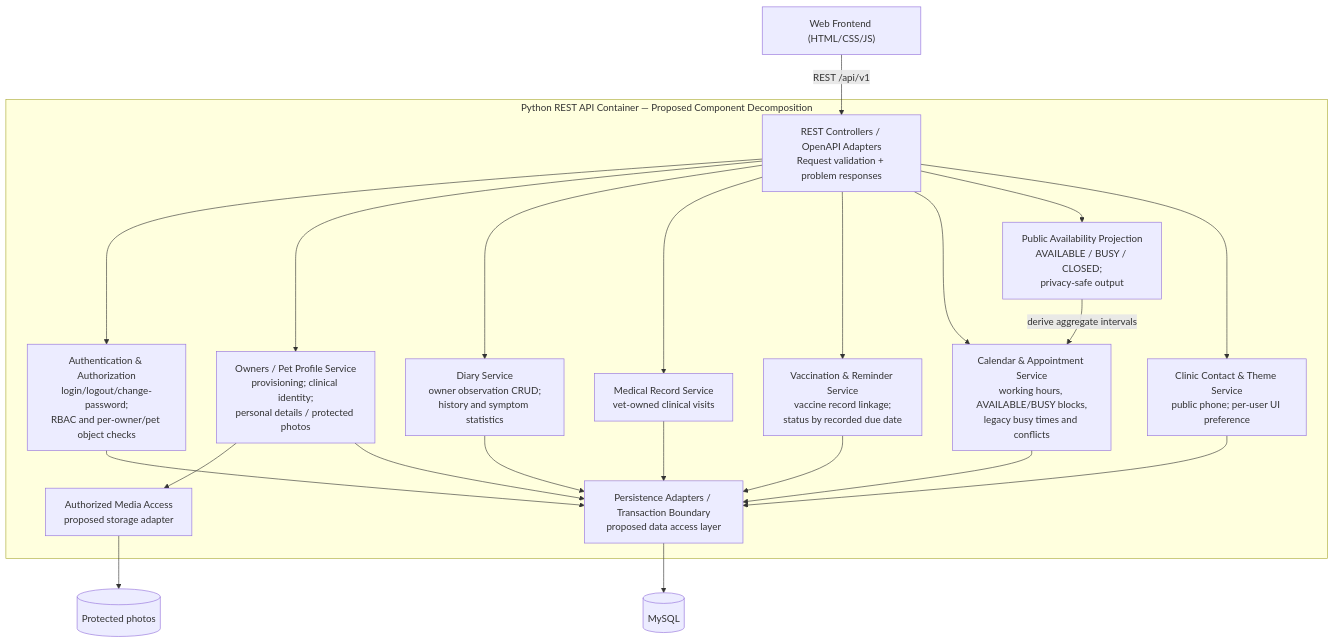
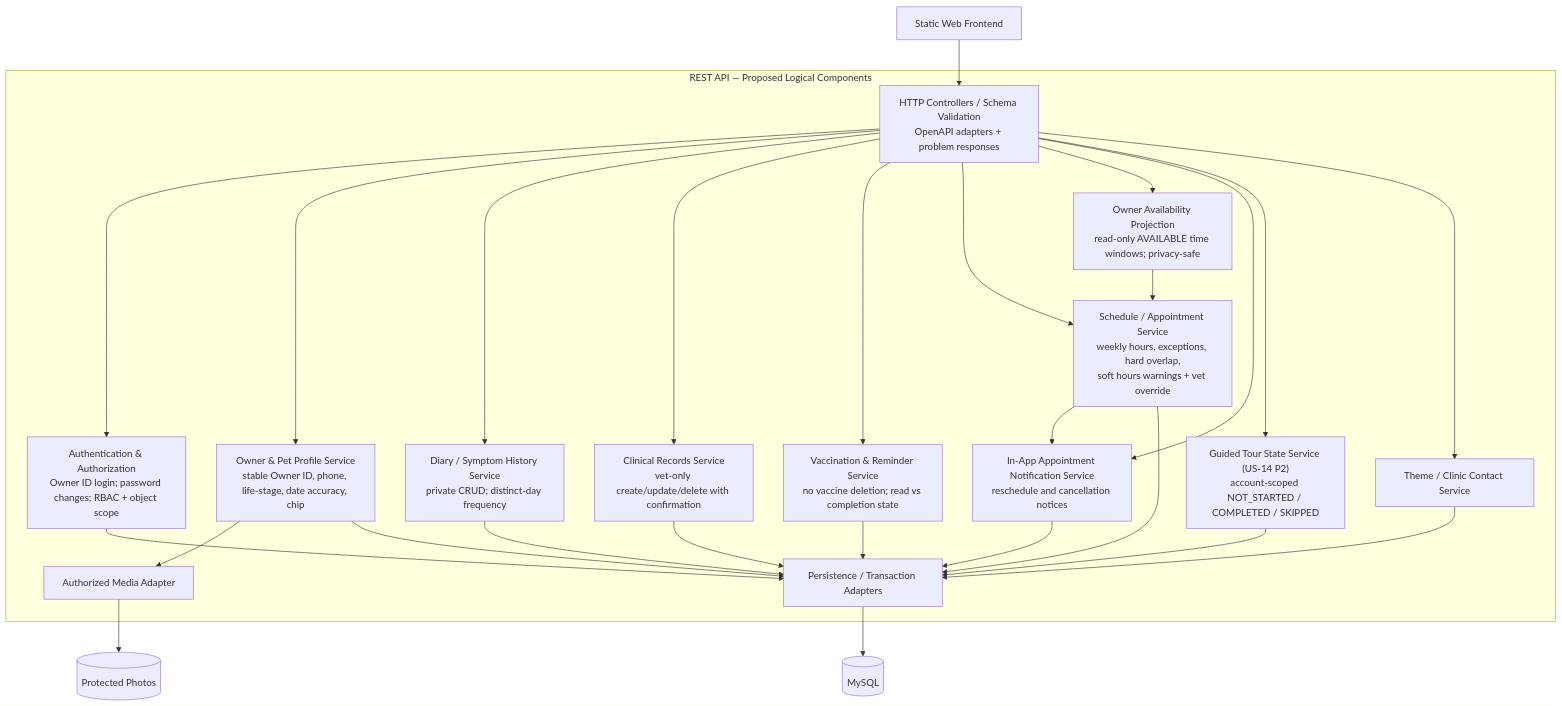
Before and after one commit to Efesen10/Pawthy: the third of 3 diagrams in docs/architecture/c4-architecture.md, drawn with Mermaid. The commit also changed other lines of this file, not shown here.

Commit message:
docs(architecture): update C4 for 20 Nov SRS and identify API mismatches

````diff
--- a/docs/architecture/c4-architecture.md
+++ b/docs/architecture/c4-architecture.md
@@ -104,39 +65,46 @@
 ```mermaid
 flowchart TB
-    FE["Web Frontend (HTML/CSS/JS)"]
-    subgraph api["Python REST API Container — Proposed Component Decomposition"]
-        route["REST Controllers / OpenAPI Adapters<br/>Request validation + problem responses"]
-        auth["Authentication & Authorization<br/>login/logout/change-password;<br/>RBAC and per-owner/pet object checks"]
-        pet["Owners / Pet Profile Service<br/>provisioning; clinical identity;<br/>personal details / protected photos"]
-        diary["Diary Service<br/>owner observation CRUD;<br/>history and symptom statistics"]
-        medical["Medical Record Service<br/>vet-owned clinical visits"]
-        vacc["Vaccination & Reminder Service<br/>vaccine record linkage;<br/>status by recorded due date"]
-        sched["Calendar & Appointment Service<br/>working hours, AVAILABLE/BUSY blocks,<br/>legacy busy times and conflicts"]
-        public["Public Availability Projection<br/>AVAILABLE / BUSY / CLOSED;<br/>privacy-safe output"]
-        contact["Clinic Contact & Theme Service<br/>public phone; per-user UI preference"]
-        repo["Persistence Adapters / Transaction Boundary<br/>proposed data access layer"]
-        photo["Authorized Media Access<br/>proposed storage adapter"]
-    end
-    DB[("MySQL")]
-    FS[("Protected photos")]
-    FE -->|"REST /api/v1"| route
-    route --> auth
-    route --> pet
-    route --> diary
-    route --> medical
-    route --> vacc
-    route --> sched
-    route --> public
-    route --> contact
-    pet --> photo
-    public -->|"derive aggregate intervals"| sched
-    sched --> repo
-    vacc --> repo
-    diary --> repo
-    medical --> repo
-    pet --> repo
-    auth --> repo
-    contact --> repo
-    repo --> DB
-    photo --> FS
+  UI["Static Web Frontend"]
+  subgraph BACKEND["REST API — Proposed Logical Components"]
+    CTRL["HTTP Controllers / Schema Validation<br/>OpenAPI adapters + problem responses"]
+    AUTH["Authentication & Authorization<br/>Owner ID login; password changes; RBAC + object scope"]
+    OWNER["Owner & Pet Profile Service<br/>stable Owner ID, phone, life-stage, date accuracy, chip"]
+    DIARY["Diary / Symptom History Service<br/>private CRUD; distinct-day frequency"]
+    CLINICAL["Clinical Records Service<br/>vet-only create/update/delete with confirmation"]
+    VACC["Vaccination & Reminder Service<br/>no vaccine deletion; read vs completion state"]
+    CAL["Schedule / Appointment Service<br/>weekly hours, exceptions, hard overlap,<br/>soft hours warnings + vet override"]
+    AVAIL["Owner Availability Projection<br/>read-only AVAILABLE time windows; privacy-safe"]
+    NOTICE["In-App Appointment Notification Service<br/>reschedule and cancellation notices"]
+    TOUR["Guided Tour State Service (US-14 P2)<br/>account-scoped NOT_STARTED / COMPLETED / SKIPPED"]
+    PREF["Theme / Clinic Contact Service"]
+    REPO["Persistence / Transaction Adapters"]
+    PHOTOS["Authorized Media Adapter"]
+  end
+  DB[("MySQL")]
+  MEDIA[("Protected Photos")]
+  UI --> CTRL
+  CTRL --> AUTH
+  CTRL --> OWNER
+  CTRL --> DIARY
+  CTRL --> CLINICAL
+  CTRL --> VACC
+  CTRL --> CAL
+  CTRL --> AVAIL
+  CTRL --> NOTICE
+  CTRL --> TOUR
+  CTRL --> PREF
+  AVAIL --> CAL
+  CAL --> NOTICE
+  OWNER --> PHOTOS
+  AUTH --> REPO
+  OWNER --> REPO
+  DIARY --> REPO
+  CLINICAL --> REPO
+  VACC --> REPO
+  CAL --> REPO
+  NOTICE --> REPO
+  TOUR --> REPO
+  PREF --> REPO
+  REPO --> DB
+  PHOTOS --> MEDIA
 ```
````
